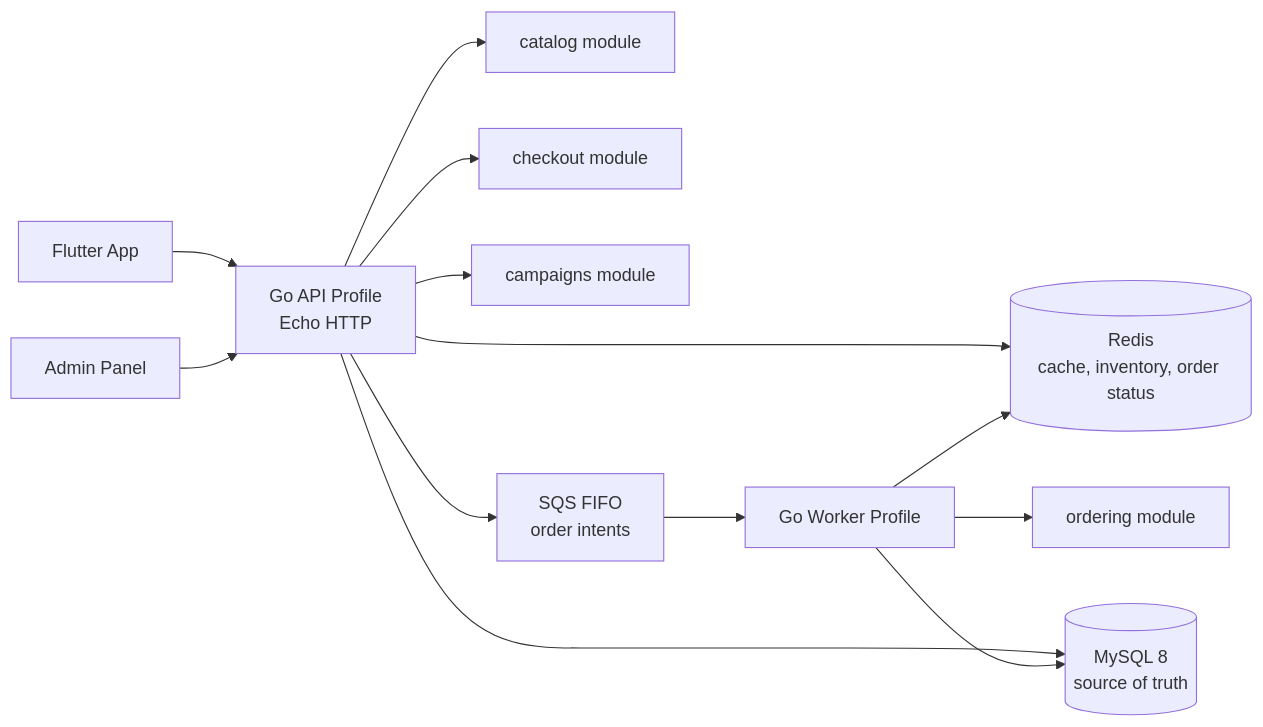
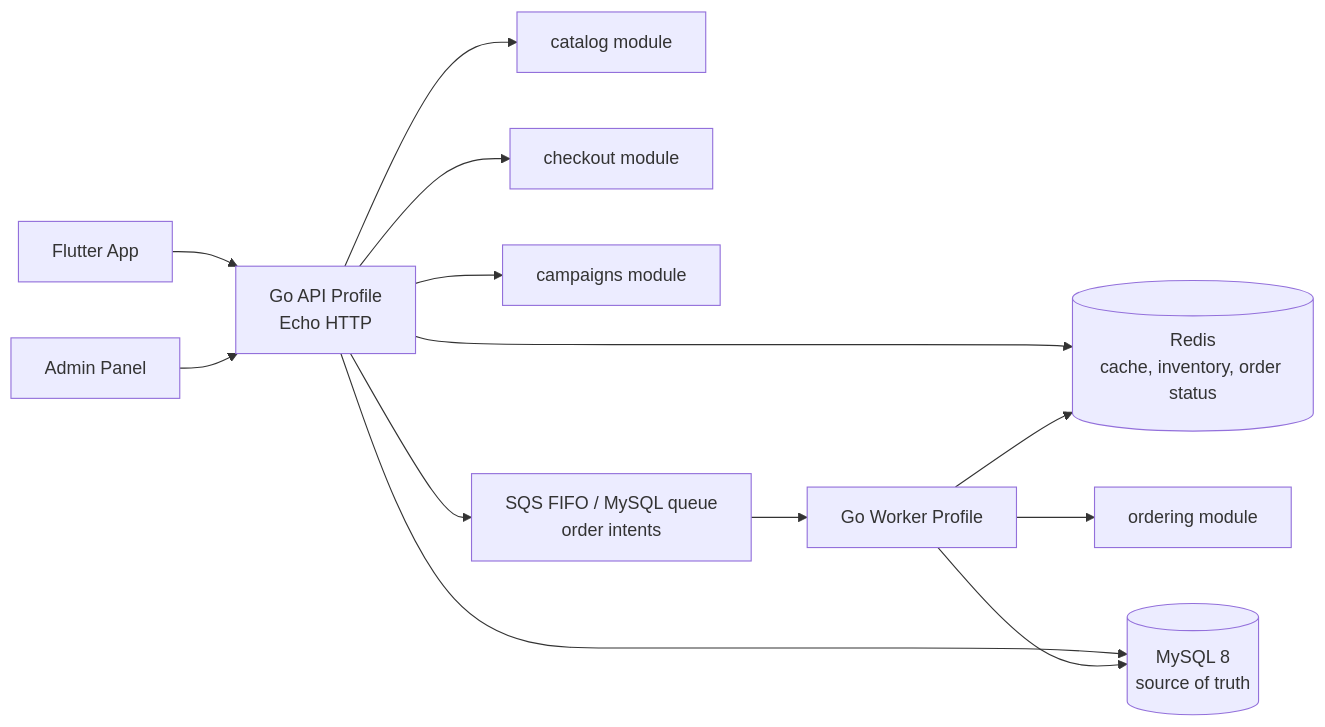
One commit to yuhangang/loob_assignment changed the diagram in docs/architecture/BACKEND_ARCHITECTURE.md. Above: the diagram before and after it, drawn with Mermaid. The commit also changed other lines of this file and 130 other files, not shown here.

````diff
--- a/docs/architecture/BACKEND_ARCHITECTURE.md
+++ b/docs/architecture/BACKEND_ARCHITECTURE.md
@@ -32,17 +41,17 @@
 ```mermaid
 flowchart LR
     Mobile["Flutter App"] --> API["Go API Profile\nEcho HTTP"]
     Admin["Admin Panel"] --> API
 
     API --> Catalog["catalog module"]
     API --> Checkout["checkout module"]
     API --> Campaigns["campaigns module"]
     API --> Redis[("Redis\ncache, inventory, order status")]
-    API --> Queue["SQS FIFO\norder intents"]
+    API --> Queue["SQS FIFO / MySQL queue\norder intents"]
     API --> MySQL[("MySQL 8\nsource of truth")]
 
     Queue --> Worker["Go Worker Profile"]
     Worker --> Ordering["ordering module"]
     Worker --> MySQL
     Worker --> Redis
 ```
````
